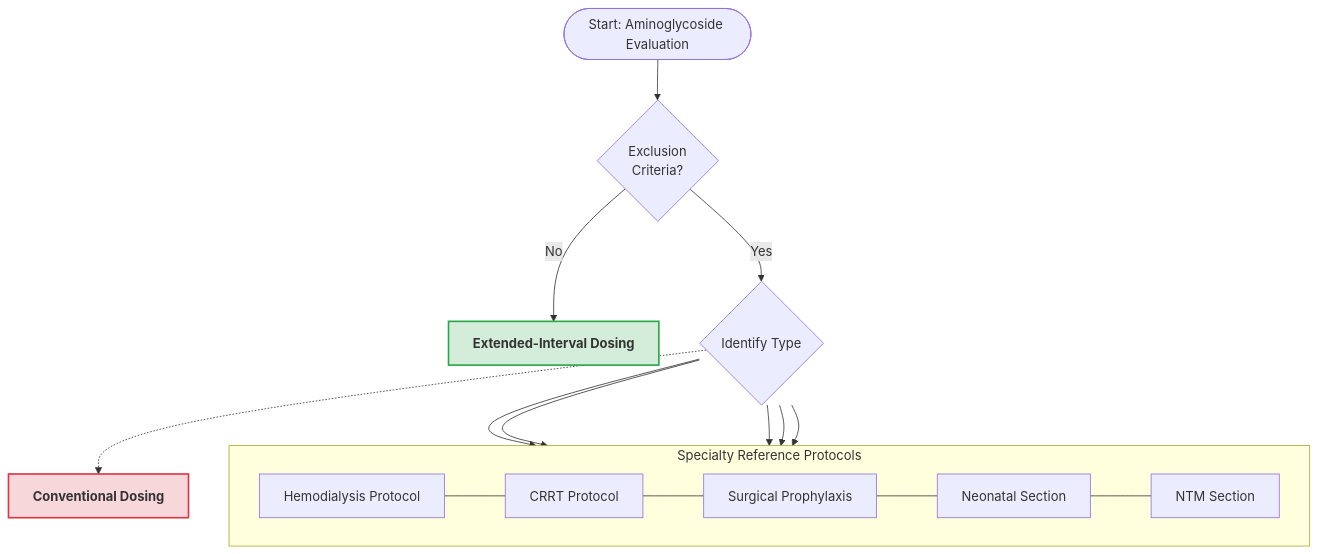
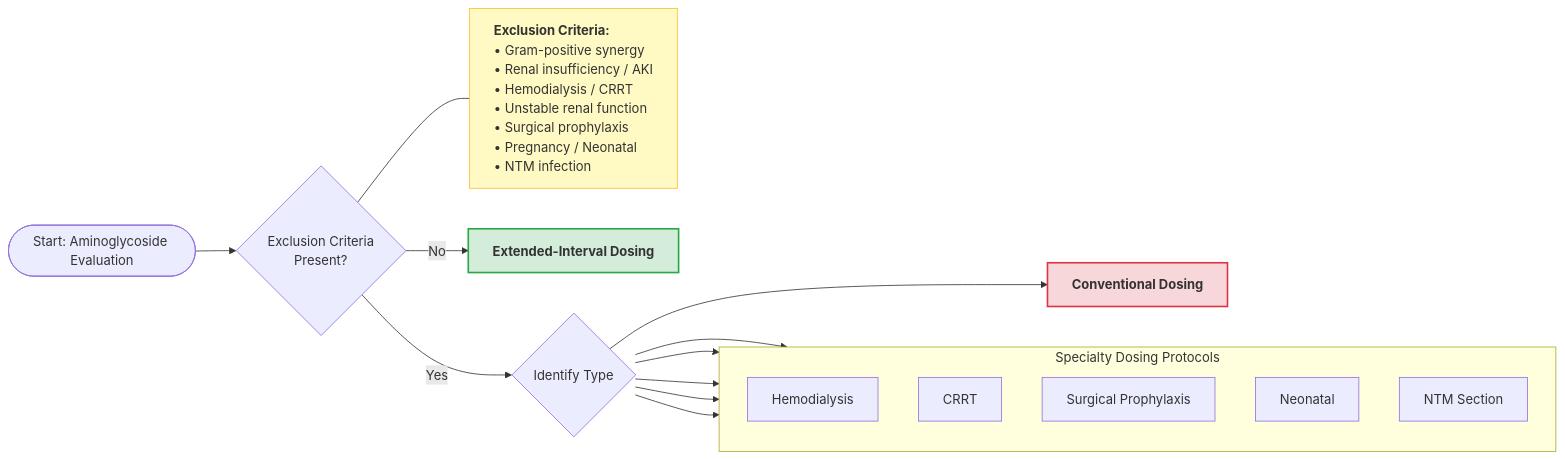
One commit to shemtsai/Aminoglycoside-Calculator changed the diagram in dosing-strategy.md. Above: the diagram before and after it, drawn with Mermaid.

Commit message:
Update flowchart for aminoglycoside evaluation

````diff
--- a/dosing-strategy.md
+++ b/dosing-strategy.md
@@ -38,27 +38,34 @@
 ```mermaid
-flowchart TD
-    Start([Start: Aminoglycoside Evaluation]) --> Criteria{Exclusion<br/>Criteria?}
+flowchart LR
+    Start([Start: Aminoglycoside Evaluation]) --> Criteria{Exclusion Criteria<br/>Present?}
     
-    %% Vertical Path
+    %% Exclusion List Callout
+    Criteria --- List[<b>Exclusion Criteria:</b><br/>• Gram-positive synergy<br/>• Renal insufficiency / AKI<br/>• Hemodialysis / CRRT<br/>• Unstable renal function<br/>• Surgical prophylaxis<br/>• Pregnancy / Neonatal<br/>• NTM infection]
+    style List fill:#fff9c4,stroke:#fbc02d,text-align:left
+
+    %% Main Path
     Criteria -- No --> EI[<b>Extended-Interval Dosing</b>]
     style EI fill:#d4edda,stroke:#28a745,stroke-width:2px
 
-    %% Horizontal Branching
+    %% Exclusion Branching
     Criteria -- Yes --> ExclusionType{Identify Type}
-    
-    ExclusionType -.-> Conv[<b>Conventional Dosing</b>]
-    style Conv fill:#f8d7da,stroke:#dc3545,stroke-width:2px
 
-    %% Reference Nodes pushed to the right
-    ExclusionType --> HD[Hemodialysis Protocol]
-    ExclusionType --> CRRT[CRRT Protocol]
-    ExclusionType --> Surg[Surgical Prophylaxis]
-    ExclusionType --> Neo[Neonatal Section]
-    ExclusionType --> NTM[NTM Section]
+    ExclusionType --> F[<b>Conventional Dosing</b>]
+    style F fill:#f8d7da,stroke:#dc3545,stroke-width:2px
 
-    %% Layout Tweak: Forcing alignment
-    subgraph References [Specialty Reference Protocols]
-        direction LR
-        HD --- CRRT --- Surg --- Neo --- NTM
+    %% Right-side Protocols
+    subgraph Specialty_Protocols [Specialty Dosing Protocols]
+        direction TB
+        G[Hemodialysis]
+        H[CRRT]
+        I[Surgical Prophylaxis]
+        J[Neonatal]
+        K[NTM Section]
     end
+
+    ExclusionType --> G
+    ExclusionType --> H
+    ExclusionType --> I
+    ExclusionType --> J
+    ExclusionType --> K
 ```
````
